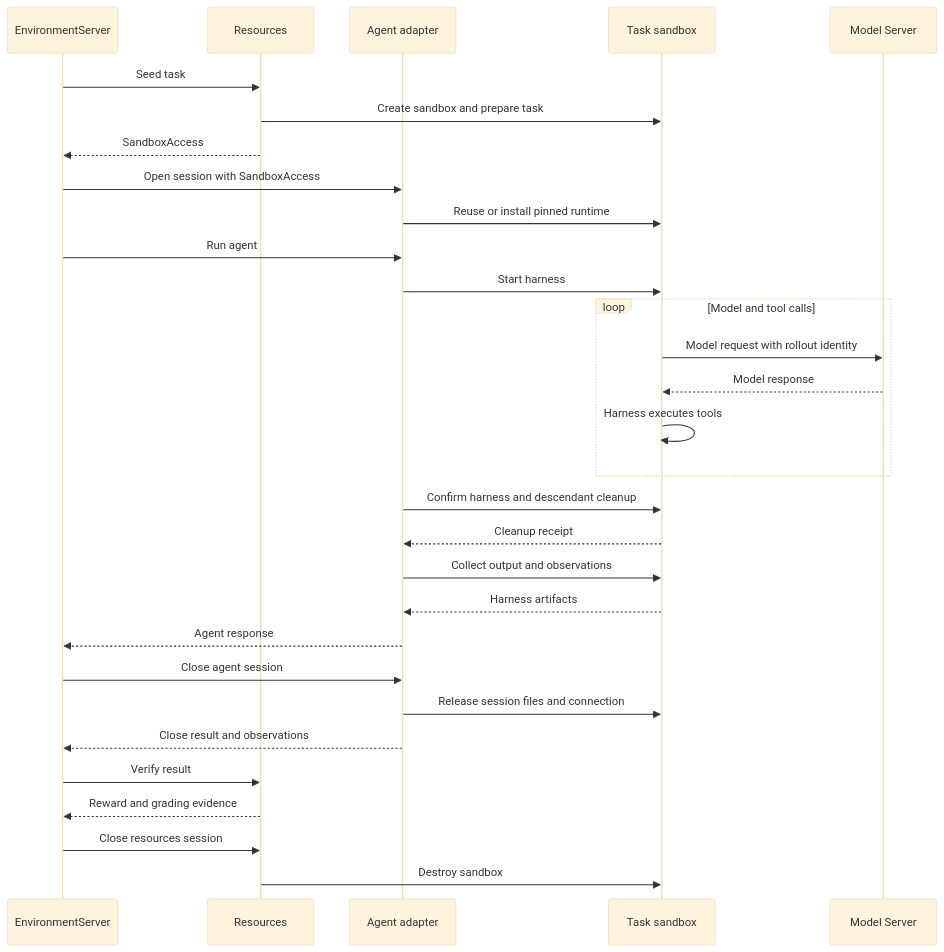
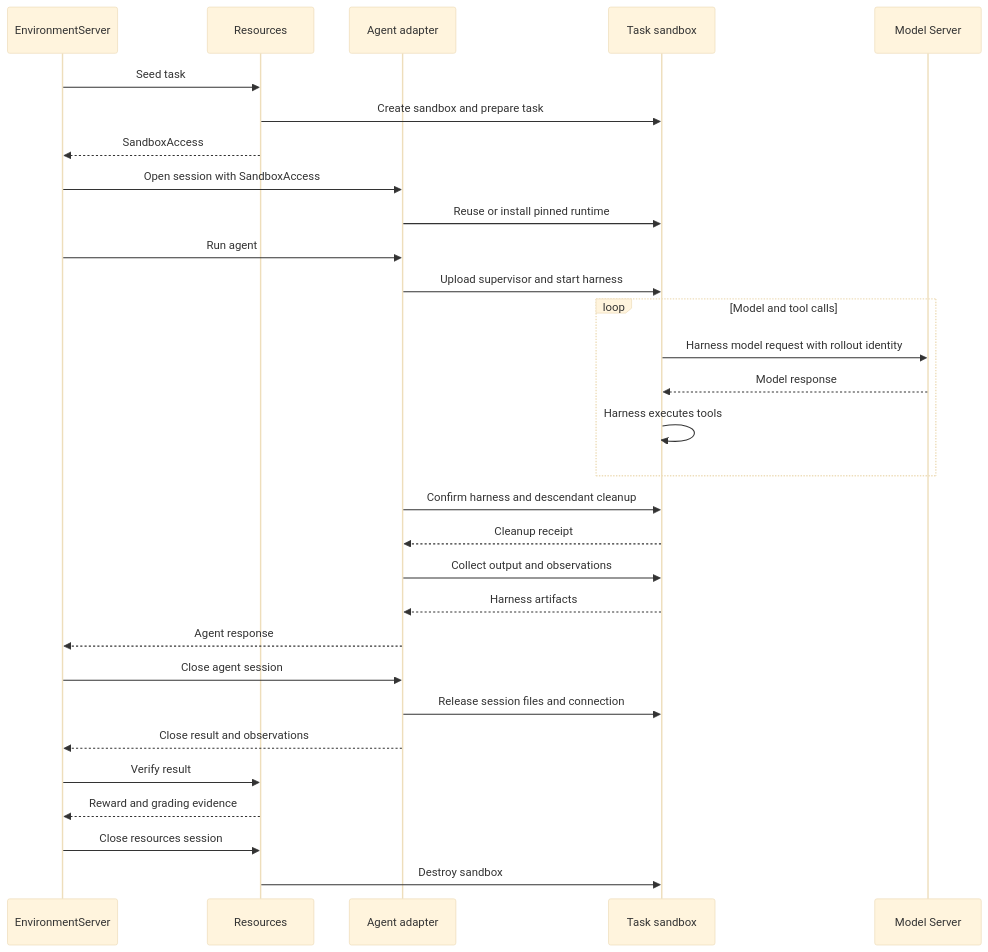
The first of 2 diagrams in fern/versions/latest/pages/agent-server/add-or-update-a-harness.mdx (NVIDIA-NeMo/Gym), drawn with Mermaid (base theme) before and after one commit. The commit also changed other lines of this file, not shown here.

Commit message:
docs(agent): align harness guide with supervisor ownership changes

````diff
--- a/fern/versions/latest/pages/agent-server/add-or-update-a-harness.mdx
+++ b/fern/versions/latest/pages/agent-server/add-or-update-a-harness.mdx
@@ -23,33 +23,33 @@
 ```mermaid
 sequenceDiagram
     participant E as EnvironmentServer
     participant R as Resources
     participant A as Agent adapter
     participant S as Task sandbox
     participant M as Model Server
 
     E->>R: Seed task
     R->>S: Create sandbox and prepare task
     R-->>E: SandboxAccess
     E->>A: Open session with SandboxAccess
     A->>S: Reuse or install pinned runtime
     E->>A: Run agent
-    A->>S: Start harness
+    A->>S: Upload supervisor and start harness
     loop Model and tool calls
-        S->>M: Model request with rollout identity
+        S->>M: Harness model request with rollout identity
         M-->>S: Model response
         S->>S: Harness executes tools
     end
     A->>S: Confirm harness and descendant cleanup
     S-->>A: Cleanup receipt
     A->>S: Collect output and observations
     S-->>A: Harness artifacts
     A-->>E: Agent response
     E->>A: Close agent session
     A->>S: Release session files and connection
     A-->>E: Close result and observations
     E->>R: Verify result
     R-->>E: Reward and grading evidence
     E->>R: Close resources session
     R->>S: Destroy sandbox
 ```
````
